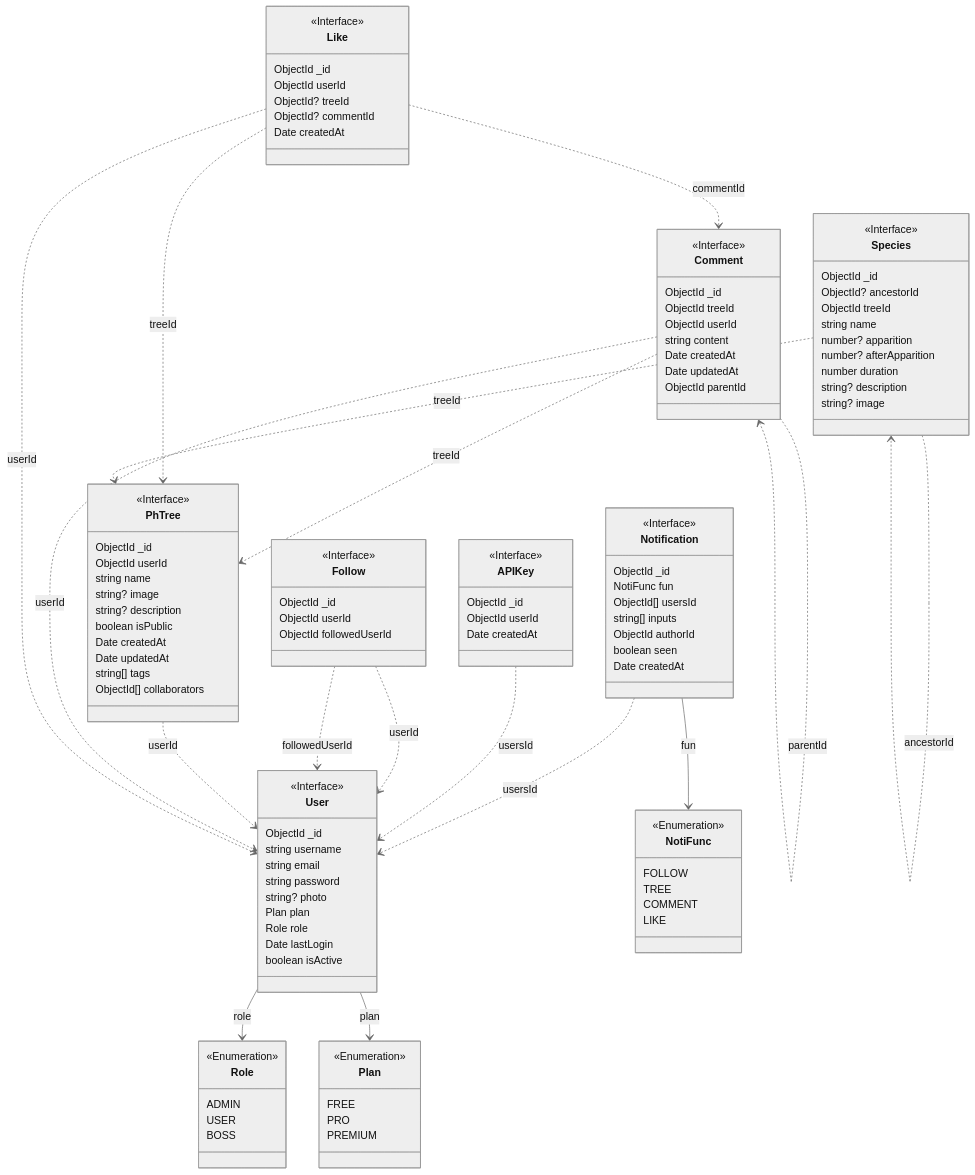
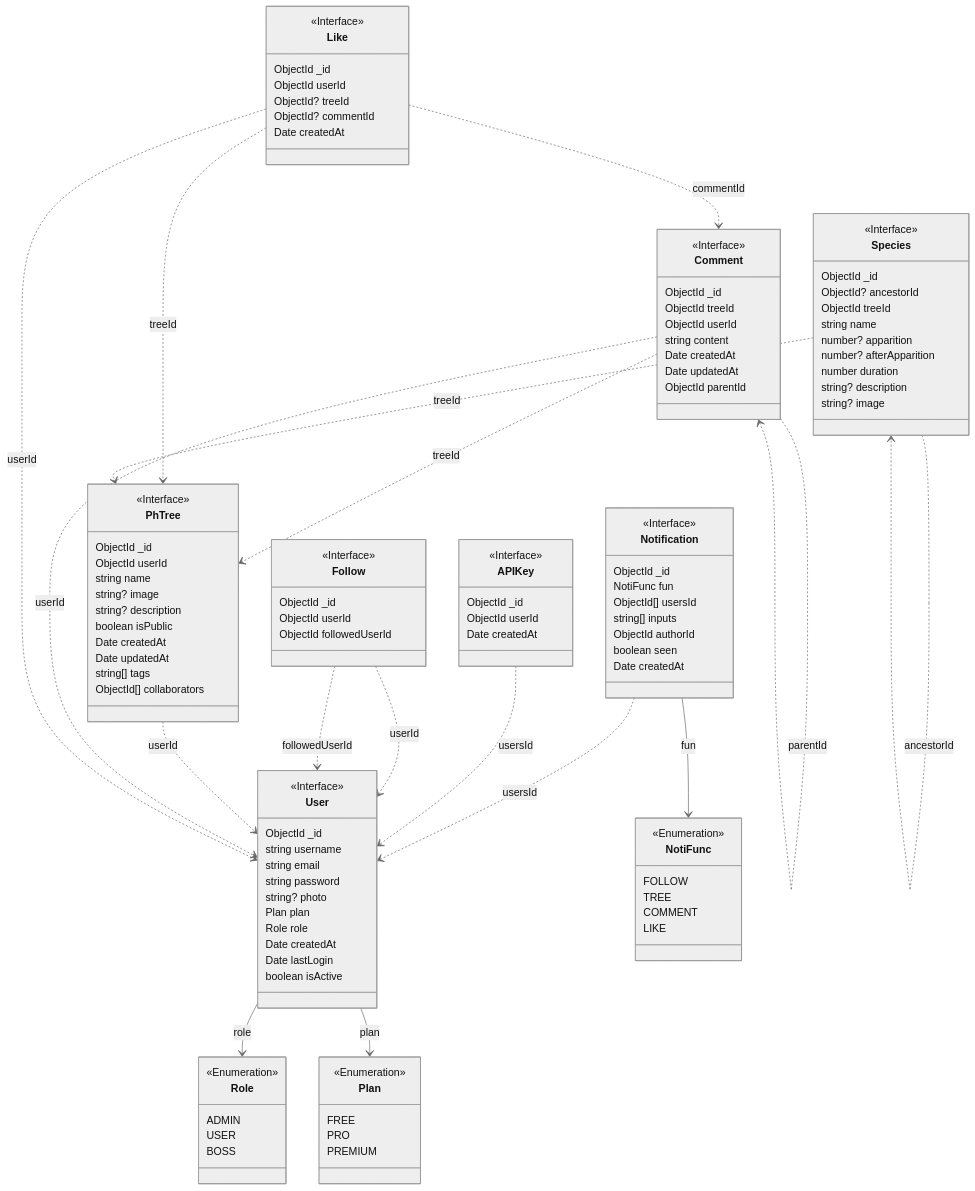
One commit to LUCHER4321/CPT-Backend changed the second of 2 diagrams in README.md. Above: the diagram before and after it, drawn with Mermaid (neutral theme). The commit also changed other lines of this file, not shown here.

```diff
--- a/README.md
+++ b/README.md
@@ -119,6 +120,7 @@
     string? photo
     Plan plan
     Role role
+    Date createdAt
     Date lastLogin
     boolean isActive
   }
```
